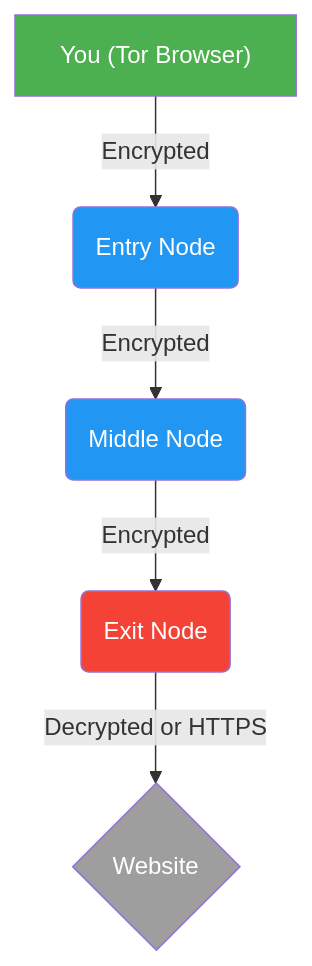
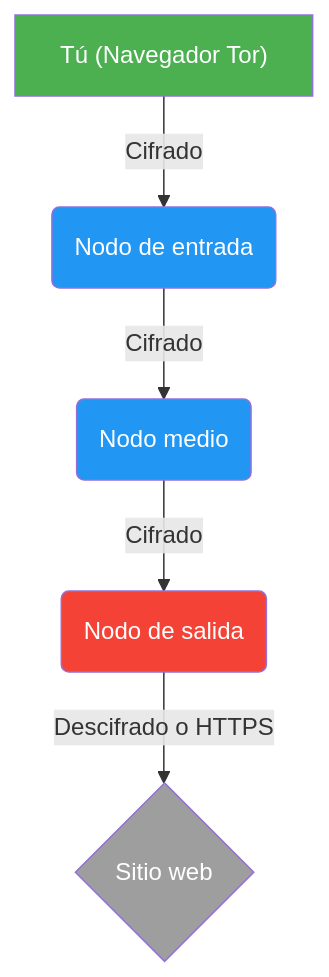
Before and after one commit to lumpencamp/civic-security: the diagram in es/privacy-networks/Tor_Guide.md, drawn with Mermaid. The commit also changed other lines of this file and 1 other file, not shown here.

Commit message:
Rewrite Tor Guide detailing DPI censorship bypass and strict behavioral protocols

````diff
--- a/es/privacy-networks/Tor_Guide.md
+++ b/es/privacy-networks/Tor_Guide.md
@@ -29,12 +11,12 @@
 ```mermaid
 graph TD
-    A["You (Tor Browser)"] -->|Encrypted| B("Entry Node")
-    B -->|Encrypted| C("Middle Node")
-    C -->|Encrypted| D("Exit Node")
-    D -->|Decrypted or HTTPS| E{"Website"}
+    A["Tú (Navegador Tor)"] -->|Cifrado| B("Nodo de entrada")
+    B -->|Cifrado| C("Nodo medio")
+    C -->|Cifrado| D("Nodo de salida")
+    D -->|Descifrado o HTTPS| E{"Sitio web"}
     style A fill:#4CAF50,color:white
     style B fill:#2196F3,color:white
     style C fill:#2196F3,color:white
     style D fill:#F44336,color:white
     style E fill:#9E9E9E,color:white
 ```
````
